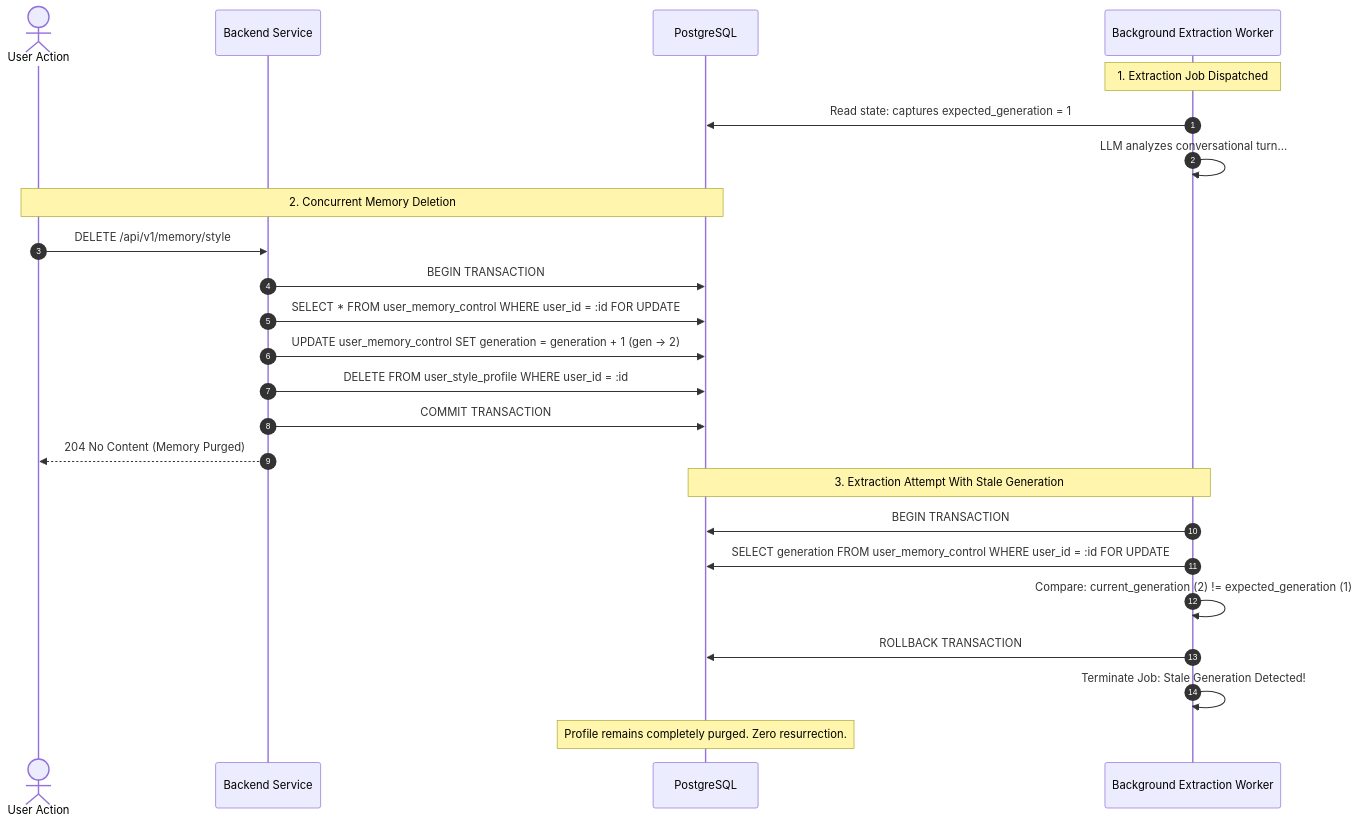
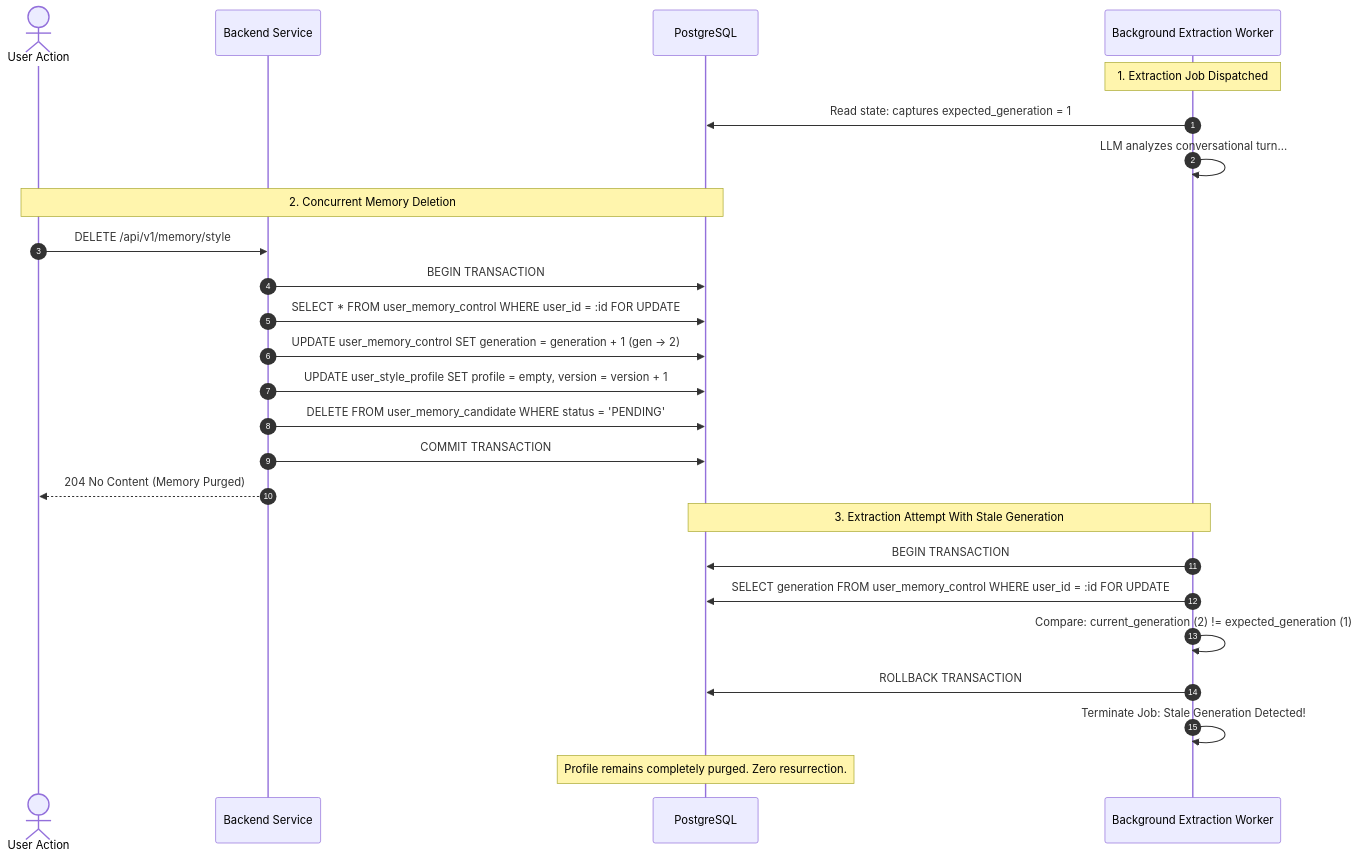
Before and after one commit to Bryan1805a/MIRA: the third of 4 diagrams in docs/05-memory-lifecycle.md, drawn with Mermaid. The commit also changed other lines of this file and 14 other files, not shown here.

````diff
--- a/docs/05-memory-lifecycle.md
+++ b/docs/05-memory-lifecycle.md
@@ -205,29 +206,30 @@
 ```mermaid
 sequenceDiagram
     autonumber
     actor User as User Action
     participant API as Backend Service
     participant DB as PostgreSQL
     participant Worker as Background Extraction Worker
 
     Note over Worker: 1. Extraction Job Dispatched
     Worker->>DB: Read state: captures expected_generation = 1
     Worker->>Worker: LLM analyzes conversational turn...
 
     Note over User, DB: 2. Concurrent Memory Deletion
     User->>API: DELETE /api/v1/memory/style
     API->>DB: BEGIN TRANSACTION;
     API->>DB: SELECT * FROM user_memory_control WHERE user_id = :id FOR UPDATE;
     API->>DB: UPDATE user_memory_control SET generation = generation + 1 (gen -> 2);
-    API->>DB: DELETE FROM user_style_profile WHERE user_id = :id;
+    API->>DB: UPDATE user_style_profile SET profile = empty, version = version + 1;
+    API->>DB: DELETE FROM user_memory_candidate WHERE status = 'PENDING';
     API->>DB: COMMIT TRANSACTION;
     API-->>User: 204 No Content (Memory Purged)
 
     Note over Worker, DB: 3. Extraction Attempt With Stale Generation
     Worker->>DB: BEGIN TRANSACTION;
     Worker->>DB: SELECT generation FROM user_memory_control WHERE user_id = :id FOR UPDATE;
     Worker->>Worker: Compare: current_generation (2) != expected_generation (1)
     Worker->>DB: ROLLBACK TRANSACTION;
     Worker->>Worker: Terminate Job: Stale Generation Detected!
     Note over DB: Profile remains completely purged. Zero resurrection.
 ```
````
